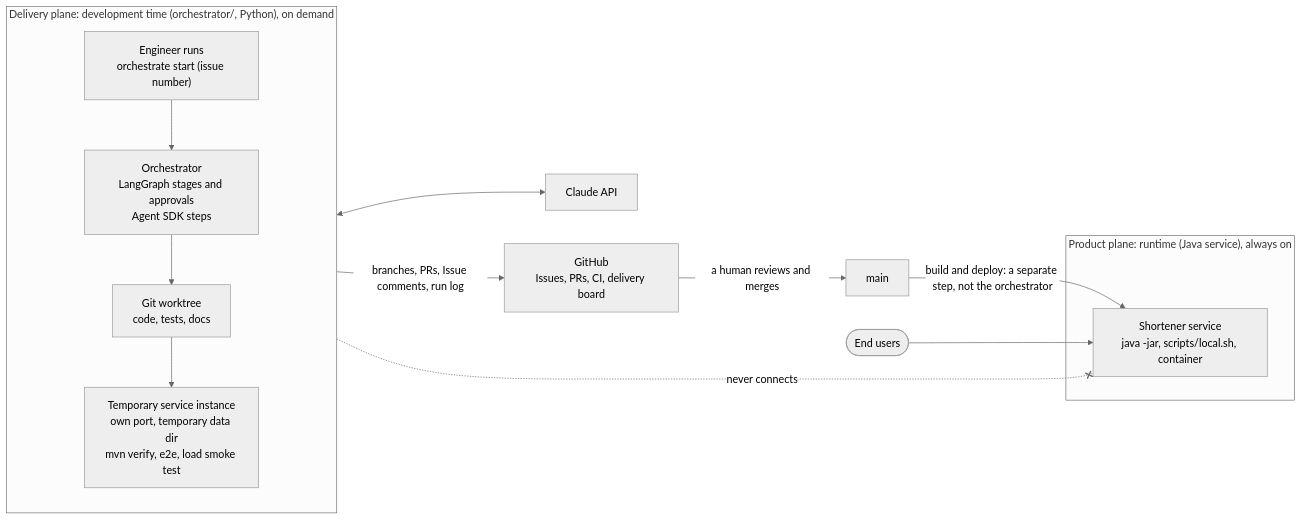
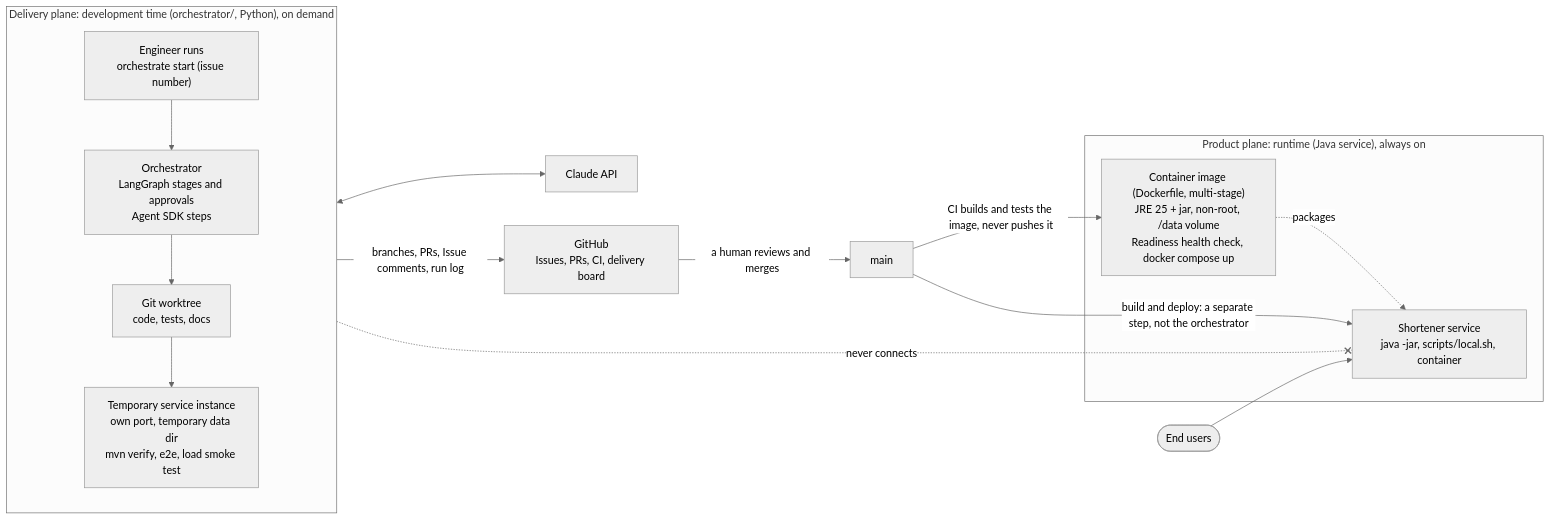
The first of 9 diagrams in docs/architecture.md (SanjuktaDavuluri/simple-url-shortener), drawn with Mermaid (neutral theme) before and after one commit. The commit also changed 4 other files, not shown here.

Commit message:
docs: Docs: runbook container section, onboarding, test plan matrix, architecture, roadmap and spec index (#175)

````diff
--- a/docs/architecture.md
+++ b/docs/architecture.md
@@ -7,21 +7,23 @@
 ```mermaid
 flowchart LR
     subgraph DEV["Delivery plane: development time (orchestrator/, Python), on demand"]
         direction TB
         CLI["Engineer runs<br/>orchestrate start (issue number)"] --> ORCH["Orchestrator<br/>LangGraph stages and approvals<br/>Agent SDK steps"]
         ORCH --> WT["Git worktree<br/>code, tests, docs"]
         WT --> TMP["Temporary service instance<br/>own port, temporary data dir<br/>mvn verify, e2e, load smoke test"]
     end
 
     ORCH <--> LLM["Claude API"]
     ORCH -->|"branches, PRs, Issue comments, run log"| GH["GitHub<br/>Issues, PRs, CI, delivery board"]
     GH -->|"a human reviews and merges"| MAIN["main"]
 
     subgraph RUN["Product plane: runtime (Java service), always on"]
         SVC["Shortener service<br/>java -jar, scripts/local.sh, container"]
+        IMG["Container image (Dockerfile, multi-stage)<br/>JRE 25 + jar, non-root, /data volume<br/>Readiness health check, docker compose up"] -.->|"packages"| SVC
     end
 
+    MAIN -->|"CI builds and tests the image, never pushes it"| IMG
     MAIN -->|"build and deploy: a separate step, not the orchestrator"| SVC
     USERS(["End users"]) --> SVC
     ORCH -.-x|"never connects"| SVC
 ```
````
